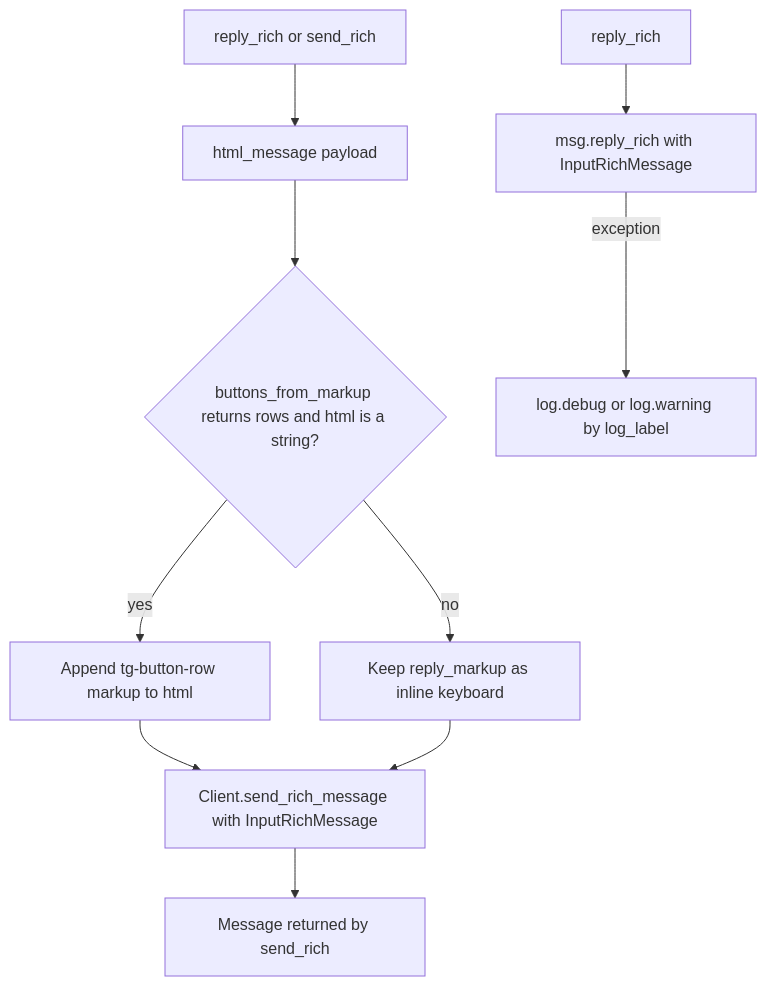
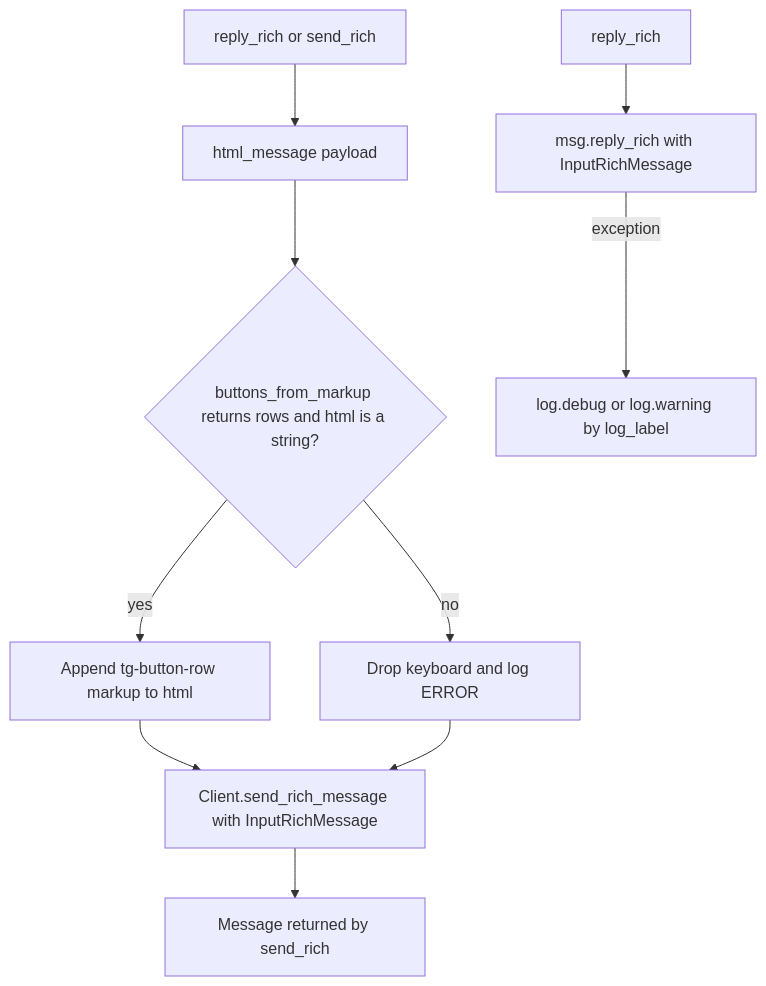
Before and after one commit to D1ZZY4/tcbot: the first of 3 diagrams in docs/flows/transport.md, drawn with Mermaid. The commit also changed other lines of this file and 9 other files, not shown here.

First line of the commit message:
docs: sync guides with schema head, rules removal, and transport

````diff
--- a/docs/flows/transport.md
+++ b/docs/flows/transport.md
@@ -47,12 +45,12 @@
 ```mermaid
 flowchart TD
     CALL[reply_rich or send_rich] --> BUILT[html_message payload]
     BUILT --> CONVERT{buttons_from_markup returns rows and html is a string?}
     CONVERT -->|yes| EMBED[Append tg-button-row markup to html]
-    CONVERT -->|no| INLINE[Keep reply_markup as inline keyboard]
+    CONVERT -->|no| DROP[Drop keyboard and log ERROR]
     EMBED --> API[Client.send_rich_message with InputRichMessage]
-    INLINE --> API
+    DROP --> API
     API --> MSG[Message returned by send_rich]
     REPLY[reply_rich] --> SEND[msg.reply_rich with InputRichMessage]
     SEND -->|exception| LOG[log.debug or log.warning by log_label]
 ```
````
